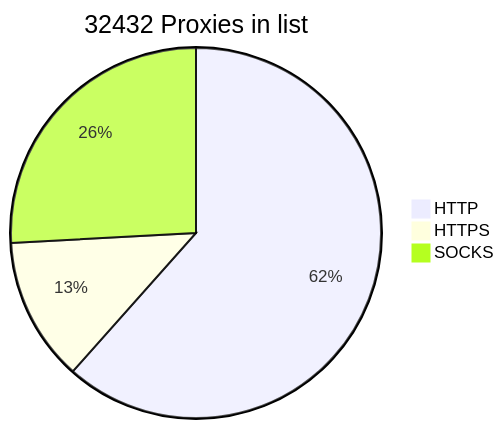
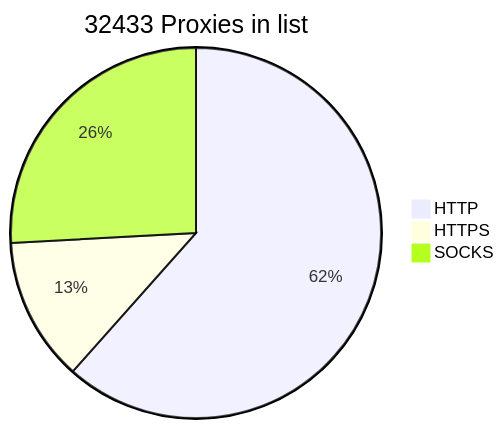
The diagram in README.md (BlackSnowDot/proxylist-update-every-minute), drawn with Mermaid before and after one commit.

````diff
--- a/README.md
+++ b/README.md
@@ -2,6 +2,6 @@
 ```mermaid
-pie title 32432 Proxies in list
+pie title 32433 Proxies in list
     "HTTP" : 22066
     "HTTPS": 4506
-    "SOCKS" : 9264
+    "SOCKS" : 9265
 ```
````
